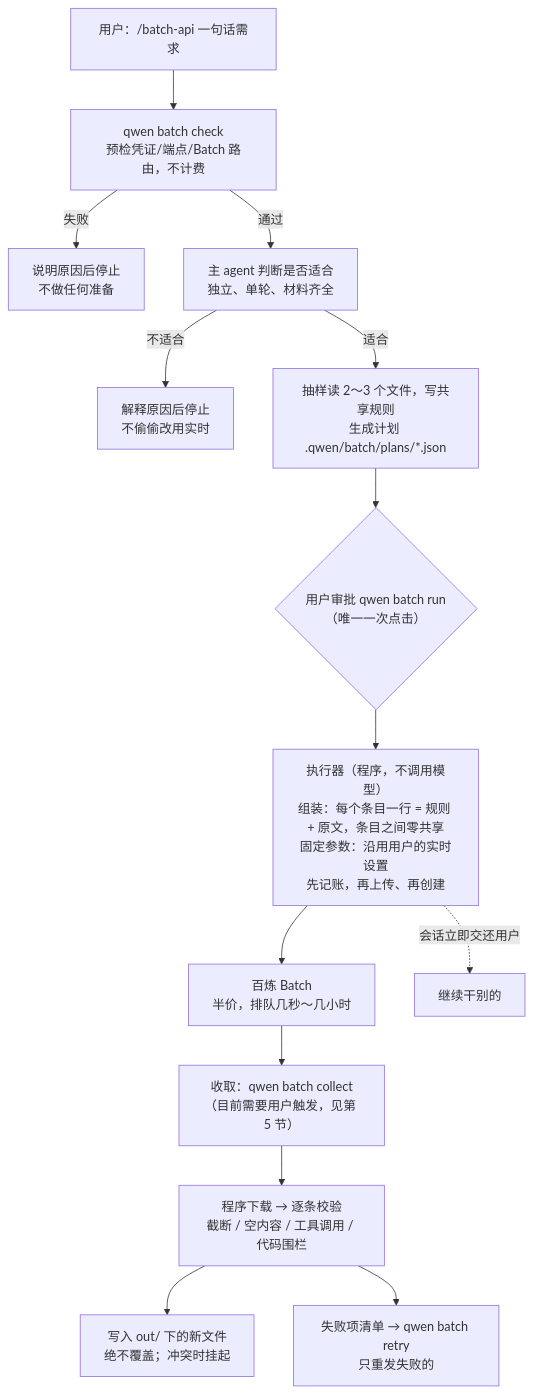
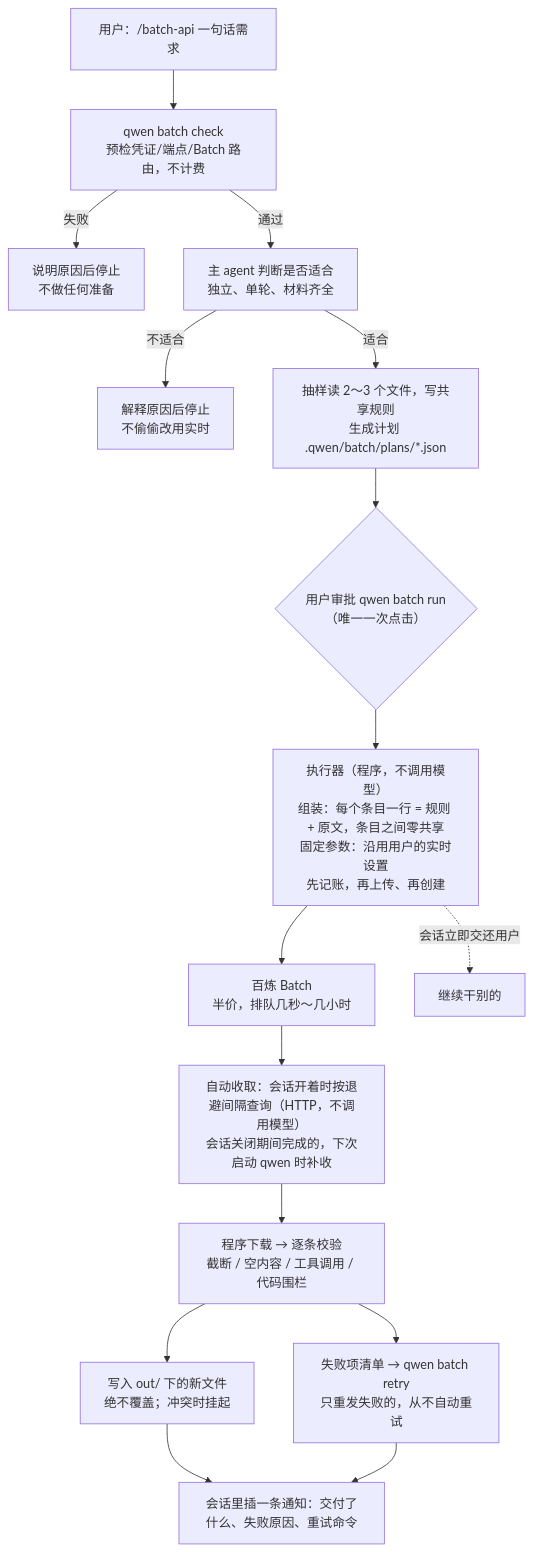
The fourth of 4 diagrams in docs/design/2026-09-23-batch-api-overview.zh-CN.md (QwenLM/qwen-code), drawn with Mermaid before and after one commit. The commit also changed other lines of this file and 17 other files, not shown here.

First line of the commit message:
feat(cli): auto-collect /batch-api tasks; surface provider rejections

````diff
--- a/docs/design/2026-09-23-batch-api-overview.zh-CN.md
+++ b/docs/design/2026-09-23-batch-api-overview.zh-CN.md
@@ -108,16 +108,18 @@
 ```mermaid
 flowchart TD
     U["用户：/batch-api 一句话需求"] --> P0["qwen batch check<br/>预检凭证/端点/Batch 路由，不计费"]
     P0 -->|"失败"| STOP["说明原因后停止<br/>不做任何准备"]
     P0 -->|"通过"| P1["主 agent 判断是否适合<br/>独立、单轮、材料齐全"]
     P1 -->|"不适合"| STOP2["解释原因后停止<br/>不偷偷改用实时"]
     P1 -->|"适合"| P2["抽样读 2～3 个文件，写共享规则<br/>生成计划 .qwen/batch/plans/*.json"]
     P2 --> AP{"用户审批 qwen batch run<br/>（唯一一次点击）"}
     AP --> R["执行器（程序，不调用模型）<br/>组装：每个条目一行 = 规则 + 原文，条目之间零共享<br/>固定参数：沿用用户的实时设置<br/>先记账，再上传、再创建"]
     R --> Q["百炼 Batch<br/>半价，排队几秒～几小时"]
     R -.->|"会话立即交还用户"| FREE["继续干别的"]
-    Q --> C["收取：qwen batch collect<br/>（目前需要用户触发，见第 5 节）"]
+    Q --> C["自动收取：会话开着时按退避间隔查询（HTTP，不调用模型）<br/>会话关闭期间完成的，下次启动 qwen 时补收"]
     C --> V["程序下载 → 逐条校验<br/>截断 / 空内容 / 工具调用 / 代码围栏"]
     V --> OUT["写入 out/ 下的新文件<br/>绝不覆盖；冲突时挂起"]
-    V --> FAIL["失败项清单 → qwen batch retry<br/>只重发失败的"]
+    V --> FAIL["失败项清单 → qwen batch retry<br/>只重发失败的，从不自动重试"]
+    OUT --> N["会话里插一条通知：交付了什么、失败原因、重试命令"]
+    FAIL --> N
 ```
````
